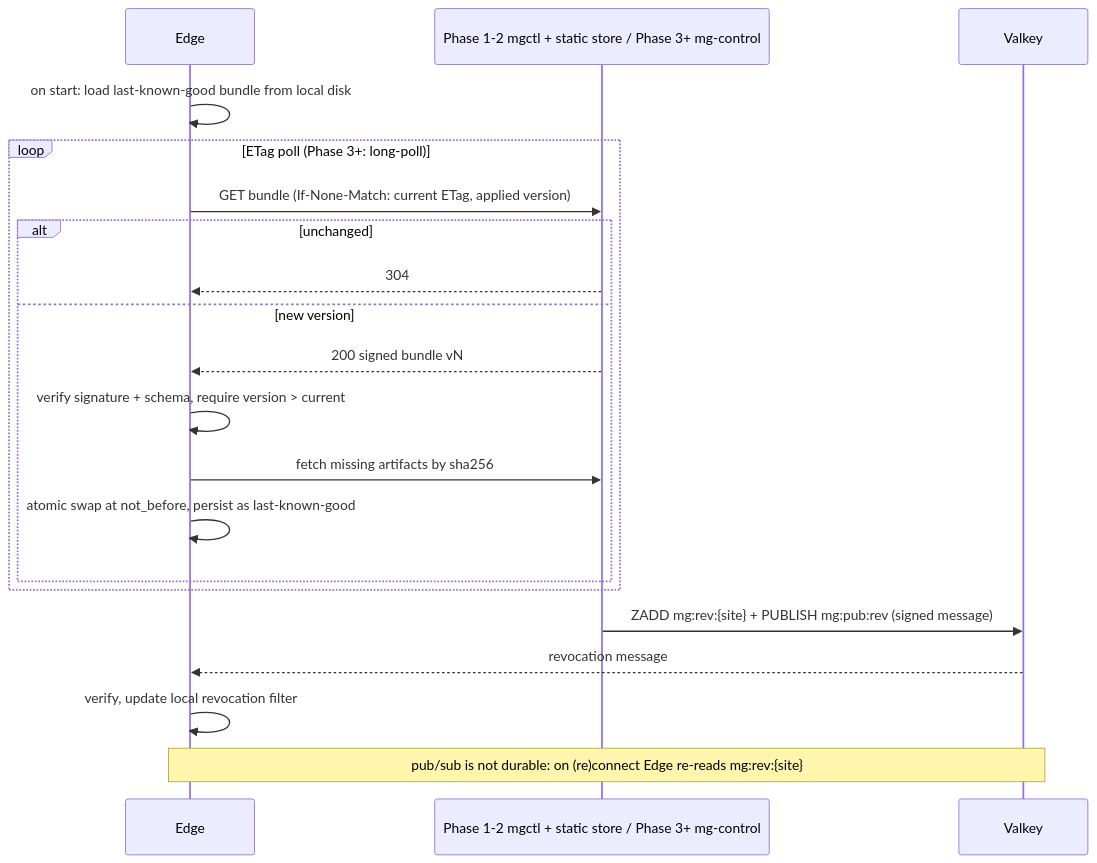
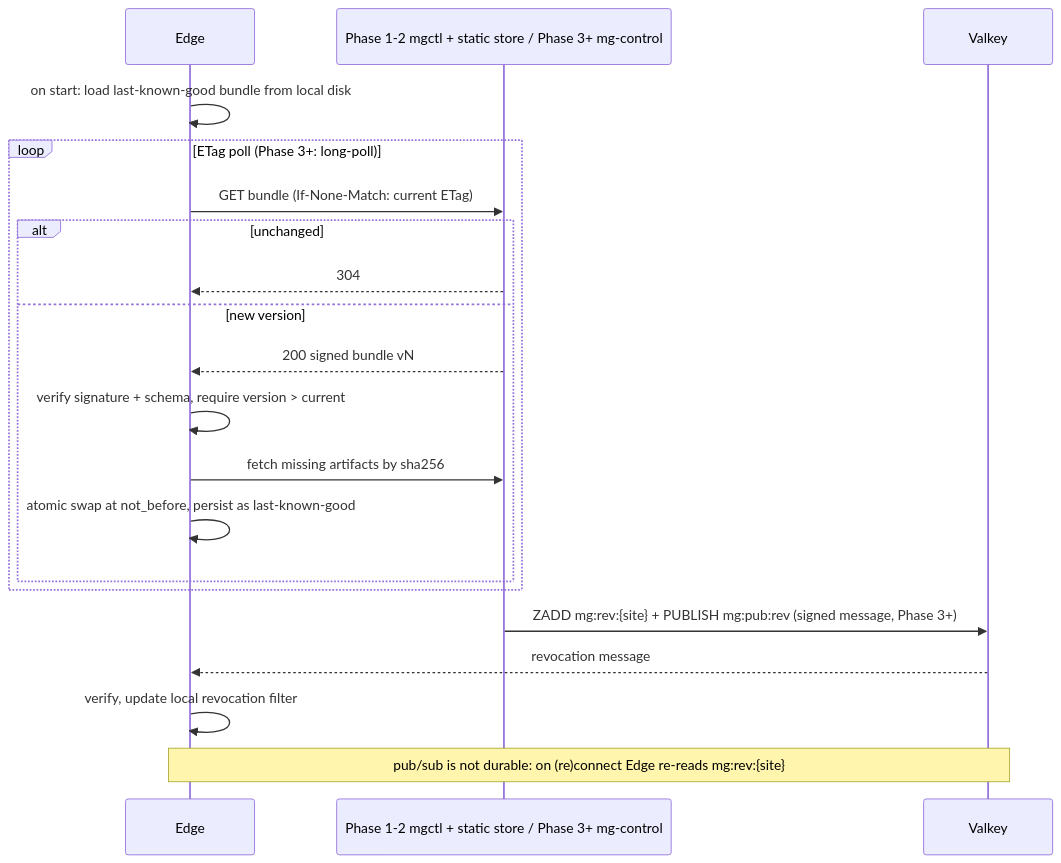
Before and after one commit to SkyBlue997/MorphGate: the diagram in docs/02-data-flow.md, drawn with Mermaid. The commit also changed other lines of this file and 51 other files, not shown here.

````diff
--- a/docs/02-data-flow.md
+++ b/docs/02-data-flow.md
@@ -266,22 +323,22 @@
 ```mermaid
 sequenceDiagram
     participant E as Edge
     participant C as Phase 1-2 mgctl + static store / Phase 3+ mg-control
     participant V as Valkey
     E->>E: on start: load last-known-good bundle from local disk
     loop ETag poll (Phase 3+: long-poll)
-        E->>C: GET bundle (If-None-Match: current ETag, applied version)
+        E->>C: GET bundle (If-None-Match: current ETag)
         alt unchanged
             C-->>E: 304
         else new version
             C-->>E: 200 signed bundle vN
             E->>E: verify signature + schema, require version > current
             E->>C: fetch missing artifacts by sha256
             E->>E: atomic swap at not_before, persist as last-known-good
         end
     end
-    C->>V: ZADD mg:rev:{site} + PUBLISH mg:pub:rev (signed message)
+    C->>V: ZADD mg:rev:{site} + PUBLISH mg:pub:rev (signed message, Phase 3+)
     V-->>E: revocation message
     E->>E: verify, update local revocation filter
     Note over E,V: pub/sub is not durable: on (re)connect Edge re-reads mg:rev:{site}
 ```
````
